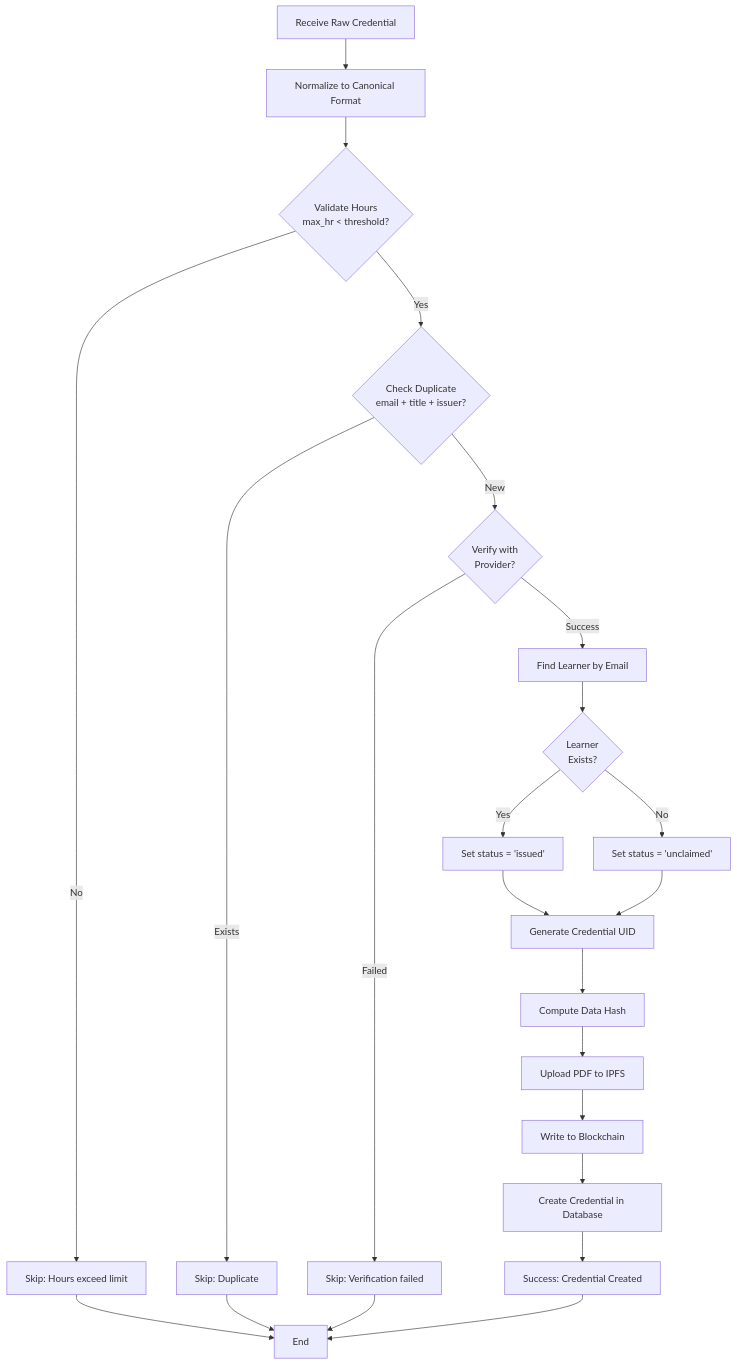
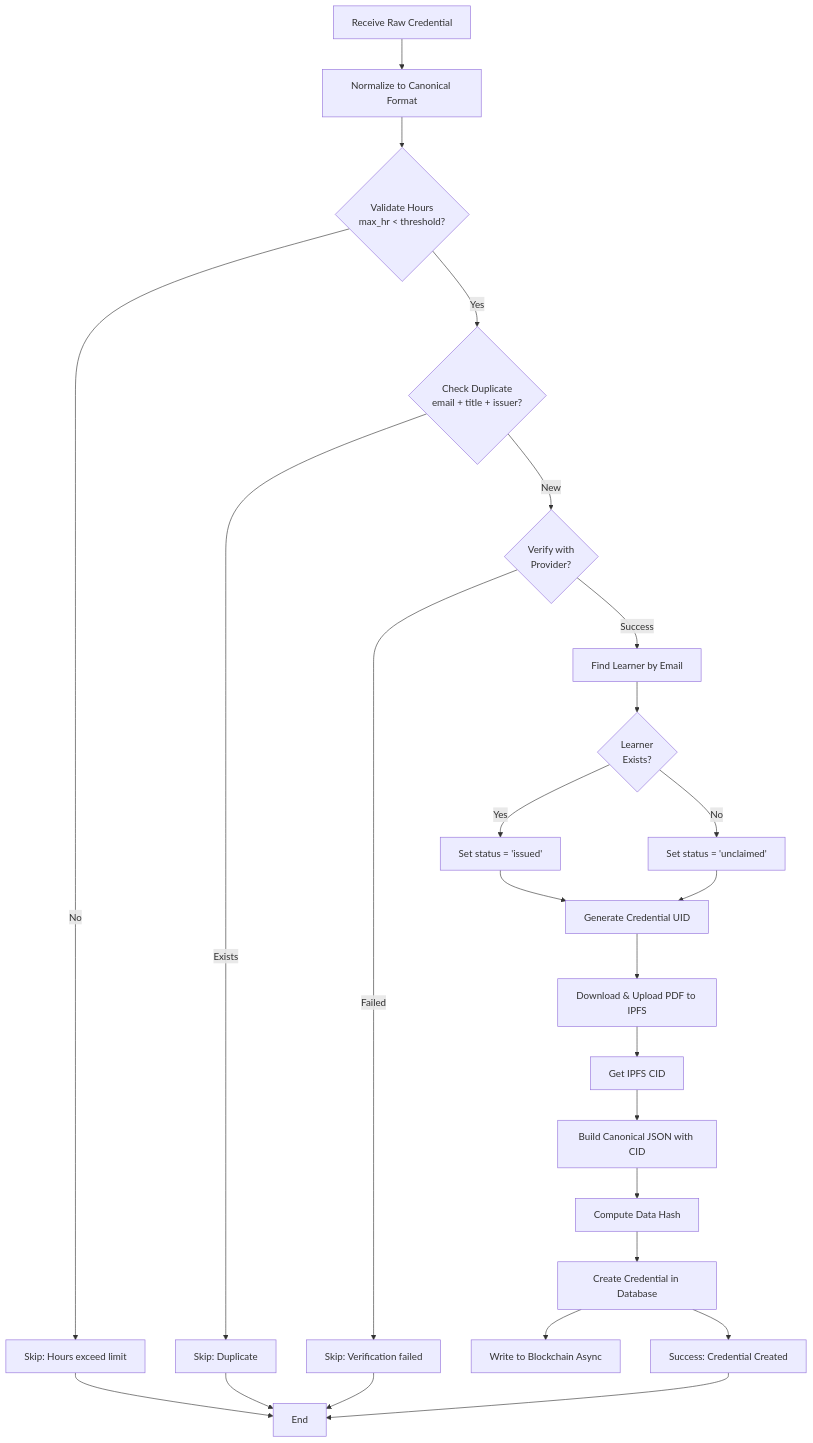
The fifth of 5 diagrams in docs/AUTO_FETCH_ISSUERS_FLOW.md (JaiminPatel345/MicroMerit-Portal), drawn with Mermaid before and after one commit. The commit also changed other lines of this file and 1 other file, not shown here.

Commit message:
working blockchain, pinky promise

````diff
--- a/docs/AUTO_FETCH_ISSUERS_FLOW.md
+++ b/docs/AUTO_FETCH_ISSUERS_FLOW.md
@@ -185,33 +190,35 @@
 ```mermaid
 flowchart TD
     START[Receive Raw Credential] --> NORMALIZE[Normalize to Canonical Format]
     
     NORMALIZE --> VALIDATE{Validate Hours<br/>max_hr < threshold?}
     VALIDATE -->|No| SKIP1[Skip: Hours exceed limit]
     VALIDATE -->|Yes| CHECK_DUP{Check Duplicate<br/>email + title + issuer?}
     
     CHECK_DUP -->|Exists| SKIP2[Skip: Duplicate]
     CHECK_DUP -->|New| VERIFY{Verify with<br/>Provider?}
     
     VERIFY -->|Failed| SKIP3[Skip: Verification failed]
     VERIFY -->|Success| FIND_LEARNER[Find Learner by Email]
     
     FIND_LEARNER --> LEARNER_EXISTS{Learner<br/>Exists?}
     LEARNER_EXISTS -->|Yes| SET_ISSUED[Set status = 'issued']
     LEARNER_EXISTS -->|No| SET_UNCLAIMED[Set status = 'unclaimed']
     
     SET_ISSUED --> GEN_UID[Generate Credential UID]
     SET_UNCLAIMED --> GEN_UID
     
-    GEN_UID --> HASH[Compute Data Hash]
-    HASH --> UPLOAD_IPFS[Upload PDF to IPFS]
-    UPLOAD_IPFS --> BLOCKCHAIN[Write to Blockchain]
-    BLOCKCHAIN --> CREATE_DB[Create Credential in Database]
+    GEN_UID --> UPLOAD_IPFS[Download & Upload PDF to IPFS]
+    UPLOAD_IPFS --> GET_CID[Get IPFS CID]
+    GET_CID --> BUILD_CANONICAL[Build Canonical JSON with CID]
+    BUILD_CANONICAL --> HASH[Compute Data Hash]
+    HASH --> CREATE_DB[Create Credential in Database]
+    CREATE_DB --> BLOCKCHAIN[Write to Blockchain Async]
     
     CREATE_DB --> SUCCESS[Success: Credential Created]
     
     SKIP1 --> END[End]
     SKIP2 --> END
     SKIP3 --> END
     SUCCESS --> END
 ```
````
